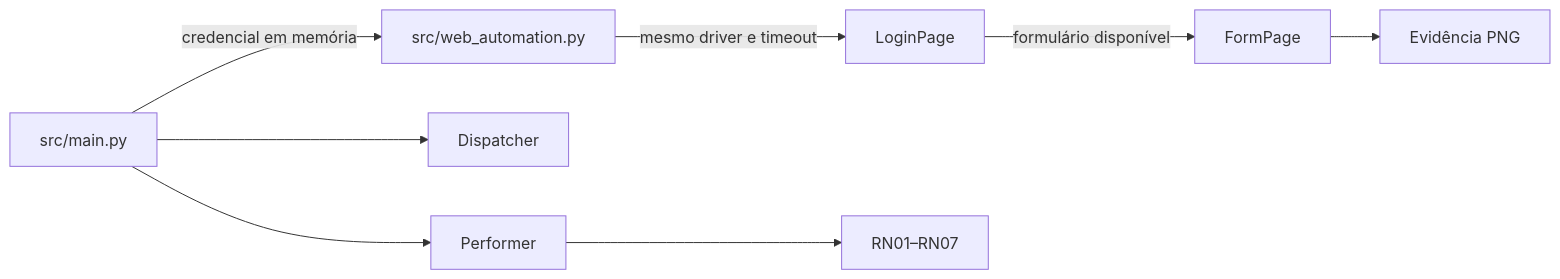
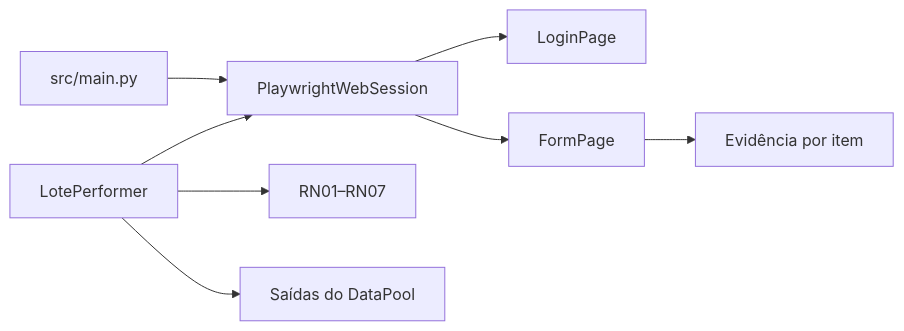
The diagram in docs/ADERENCIA_PAGE_OBJECTS.md (g-f307/conferencia-de-lotes), drawn with Mermaid before and after one commit. The commit also changed other lines of this file and 38 other files, not shown here.

First line of the commit message:
feat(playwright): integrar automação web ao DataPool e gerar evidências por item (#41)

````diff
--- a/docs/ADERENCIA_PAGE_OBJECTS.md
+++ b/docs/ADERENCIA_PAGE_OBJECTS.md
@@ -52,10 +35,10 @@
 ```mermaid
 flowchart LR
-    MAIN[src/main.py] -->|credencial em memória| WEB[src/web_automation.py]
-    WEB -->|mesmo driver e timeout| LOGIN[LoginPage]
-    LOGIN -->|formulário disponível| FORM[FormPage]
-    FORM --> PNG[Evidência PNG]
-    MAIN --> DISPATCHER[Dispatcher]
-    MAIN --> PERFORMER[Performer]
-    PERFORMER --> RULES[RN01–RN07]
+    MAIN[src/main.py] --> SESSION[PlaywrightWebSession]
+    SESSION --> LOGIN[LoginPage]
+    PERFORMER[LotePerformer] --> RULES[RN01–RN07]
+    PERFORMER --> SESSION
+    SESSION --> FORM[FormPage]
+    FORM --> PNG[Evidência por item]
+    PERFORMER --> DP[Saídas do DataPool]
 ```
````
